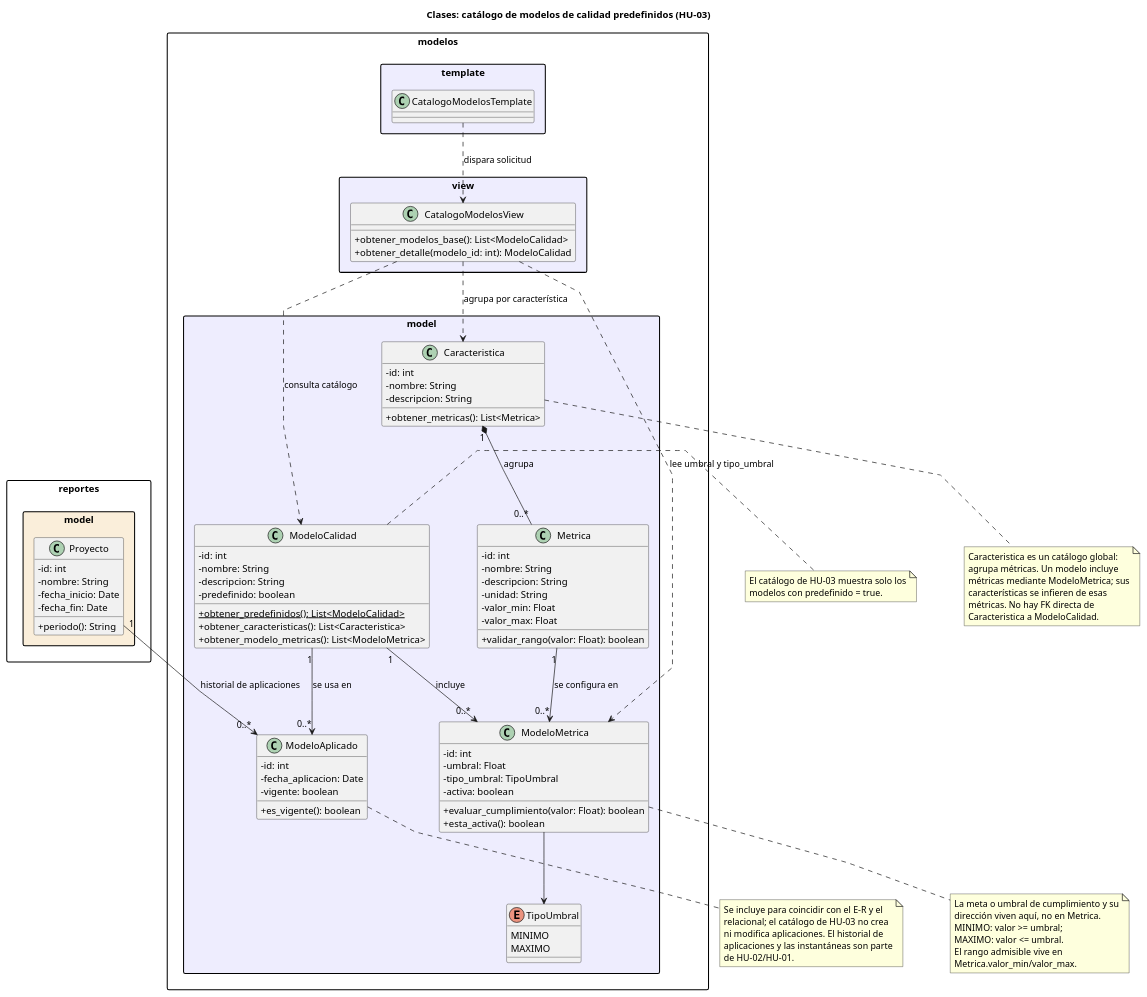
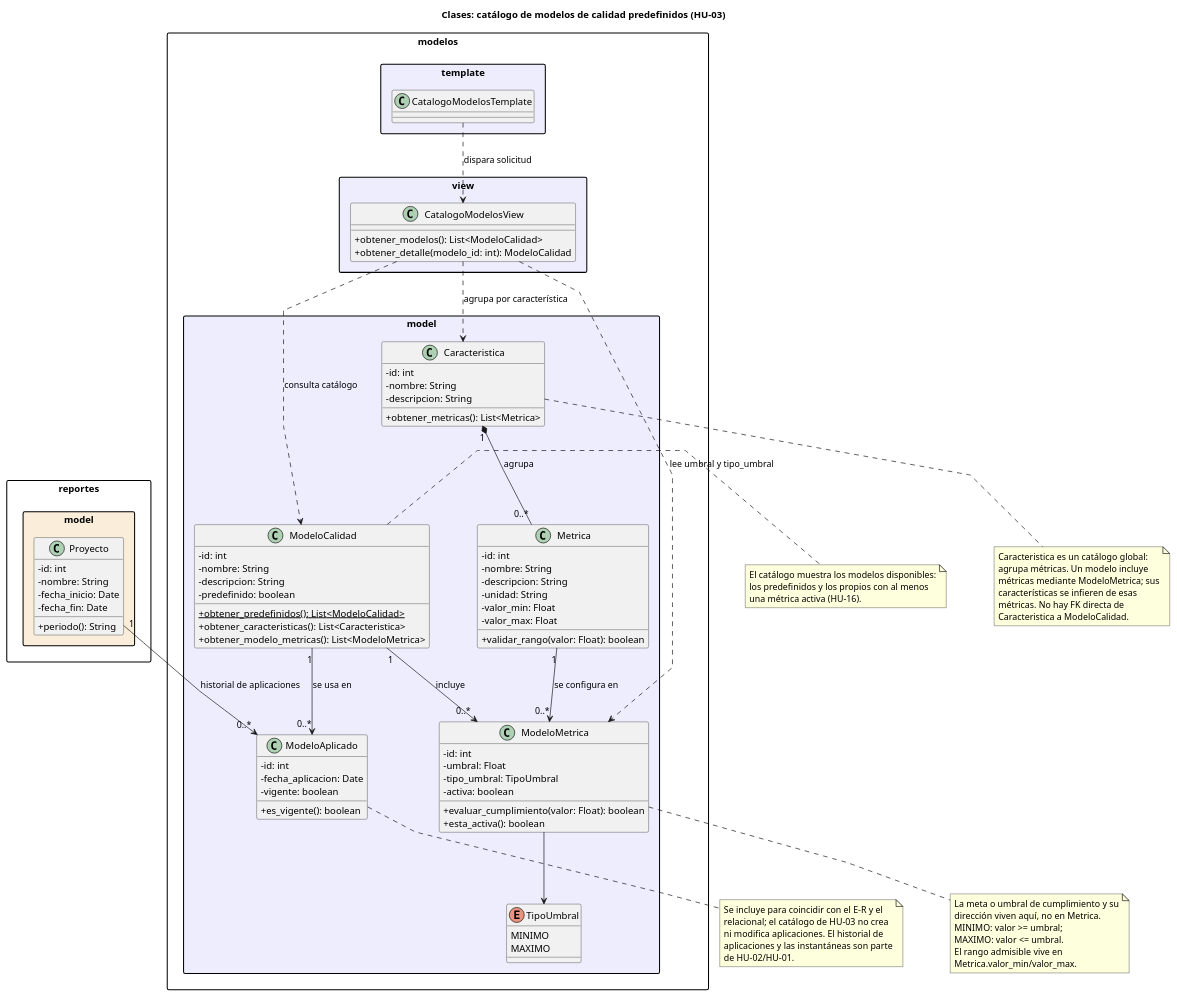
The diagram in diagrams_corregidos/clases/hu3_clases.puml (Josgtg/QA-Admin), drawn with PlantUML before and after one commit. The commit also changed 18 other files, not shown here.

First line of the commit message:
Implementa modelos propios de calidad con metricas (HU-16)

```diff
--- a/diagrams_corregidos/clases/hu3_clases.puml
+++ b/diagrams_corregidos/clases/hu3_clases.puml
@@ -1,125 +1,126 @@
 @startuml hu3_clases
 skinparam classAttributeIconSize 0
 skinparam shadowing false
 skinparam linetype polyline
 skinparam packageStyle rectangle
 skinparam nodesep 70
 skinparam ranksep 90
 top to bottom direction
 
 title Clases: catálogo de modelos de calidad predefinidos (HU-03)
 
 package "modelos.template" #EEEDFE {
   class CatalogoModelosTemplate
 }
 
 package "modelos.view" #EEEDFE {
   class CatalogoModelosView {
-    + obtener_modelos_base(): List<ModeloCalidad>
+    + obtener_modelos(): List<ModeloCalidad>
     + obtener_detalle(modelo_id: int): ModeloCalidad
   }
 }
 
 package "reportes.model" #FAEEDA {
   class Proyecto {
     - id: int
     - nombre: String
     - fecha_inicio: Date
     - fecha_fin: Date
     + periodo(): String
   }
 }
 
 package "modelos.model" #EEEDFE {
   enum TipoUmbral {
     MINIMO
     MAXIMO
   }
 
   class ModeloCalidad {
     - id: int
     - nombre: String
     - descripcion: String
     - predefinido: boolean
     + {static} obtener_predefinidos(): List<ModeloCalidad>
     + obtener_caracteristicas(): List<Caracteristica>
     + obtener_modelo_metricas(): List<ModeloMetrica>
   }
 
   class Caracteristica {
     - id: int
     - nombre: String
     - descripcion: String
     + obtener_metricas(): List<Metrica>
   }
 
   class Metrica {
     - id: int
     - nombre: String
     - descripcion: String
     - unidad: String
     - valor_min: Float
     - valor_max: Float
     + validar_rango(valor: Float): boolean
   }
 
   class ModeloMetrica {
     - id: int
     - umbral: Float
     - tipo_umbral: TipoUmbral
     - activa: boolean
     + evaluar_cumplimiento(valor: Float): boolean
     + esta_activa(): boolean
   }
 
   class ModeloAplicado {
     - id: int
     - fecha_aplicacion: Date
     - vigente: boolean
     + es_vigente(): boolean
   }
 }
 
 ModeloCalidad "1" --> "0..*" ModeloMetrica : incluye
 Metrica "1" --> "0..*" ModeloMetrica : se configura en
 Caracteristica "1" *-- "0..*" Metrica : agrupa
 Proyecto "1" --> "0..*" ModeloAplicado : historial de aplicaciones
 ModeloCalidad "1" --> "0..*" ModeloAplicado : se usa en
 ModeloMetrica --> TipoUmbral
 
 CatalogoModelosTemplate ..> CatalogoModelosView : dispara solicitud
 CatalogoModelosView ..> ModeloCalidad : consulta catálogo
 CatalogoModelosView ..> ModeloMetrica : lee umbral y tipo_umbral
 CatalogoModelosView ..> Caracteristica : agrupa por característica
 
 note right of ModeloCalidad
-  El catálogo de HU-03 muestra solo los
-  modelos con predefinido = true.
+  El catálogo muestra los modelos disponibles:
+  los predefinidos y los propios con al menos
+  una métrica activa (HU-16).
 end note
 
 note bottom of ModeloMetrica
   La meta o umbral de cumplimiento y su
   dirección viven aquí, no en Metrica.
   MINIMO: valor >= umbral;
   MAXIMO: valor <= umbral.
   El rango admisible vive en
   Metrica.valor_min/valor_max.
 end note
 
 note bottom of ModeloAplicado
   Se incluye para coincidir con el E-R y el
   relacional; el catálogo de HU-03 no crea
   ni modifica aplicaciones. El historial de
   aplicaciones y las instantáneas son parte
   de HU-02/HU-01.
 end note
 
 note bottom of Caracteristica
   Caracteristica es un catálogo global:
   agrupa métricas. Un modelo incluye
   métricas mediante ModeloMetrica; sus
   características se infieren de esas
   métricas. No hay FK directa de
   Caracteristica a ModeloCalidad.
 end note
 @enduml
```
